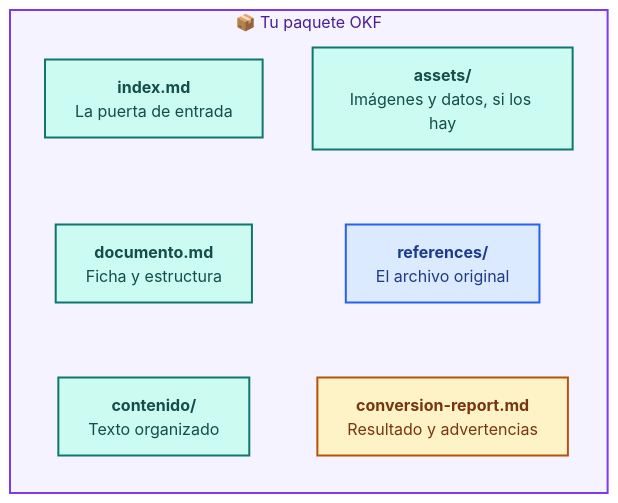
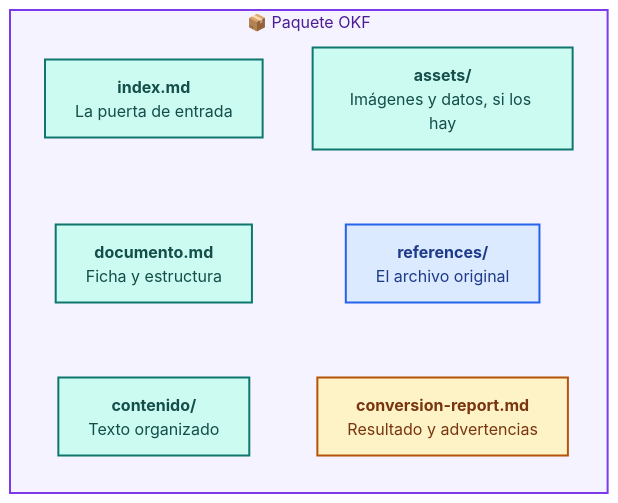
Before and after one commit to jpadillaa/rs_okf_microservice: the second of 7 diagrams in README.md, drawn with Mermaid. The commit also changed other lines of this file, not shown here.

````diff
--- a/README.md
+++ b/README.md
@@ -50,19 +50,19 @@
 ```mermaid
 flowchart LR
     accTitle: Qué hay dentro del ZIP
     accDescr: El paquete incluye un índice, una ficha del documento, el contenido convertido, los recursos cuando los hay, el original y un informe de conversión.
-    subgraph d2_zip["📦 Tu paquete OKF"]
+    subgraph d2_zip["📦 Paquete OKF"]
         direction TB
         d2_index["<b>index.md</b><br/>La puerta de entrada"] ~~~ d2_doc["<b>documento.md</b><br/>Ficha y estructura"]
         d2_doc ~~~ d2_content["<b>contenido/</b><br/>Texto organizado"]
         d2_assets["<b>assets/</b><br/>Imágenes y datos, si los hay"] ~~~ d2_original["<b>references/</b><br/>El archivo original"]
         d2_original ~~~ d2_report["<b>conversion-report.md</b><br/>Resultado y advertencias"]
     end
     classDef output fill:#CCFBF1,stroke:#0F766E,color:#134E4A,stroke-width:2px;
     classDef input fill:#DBEAFE,stroke:#2563EB,color:#1E3A8A,stroke-width:2px;
     classDef review fill:#FEF3C7,stroke:#B45309,color:#78350F,stroke-width:2px;
     class d2_index,d2_doc,d2_content,d2_assets output;
     class d2_original input;
     class d2_report review;
     style d2_zip fill:#F5F3FF,stroke:#7C3AED,color:#4C1D95,stroke-width:2px;
 ```
````
